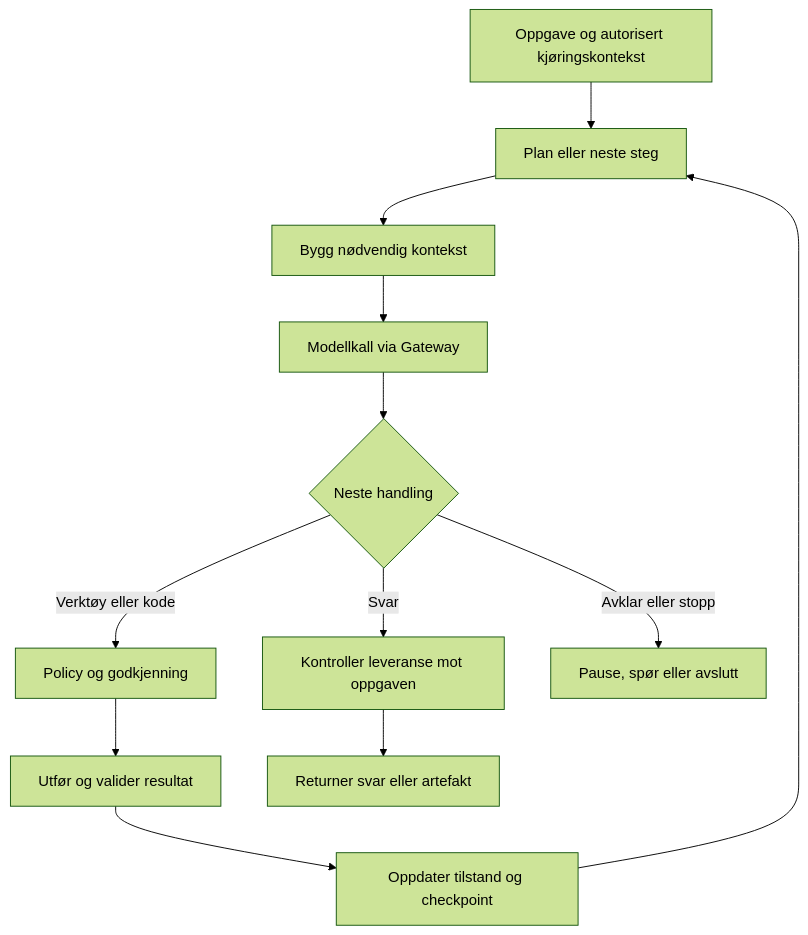
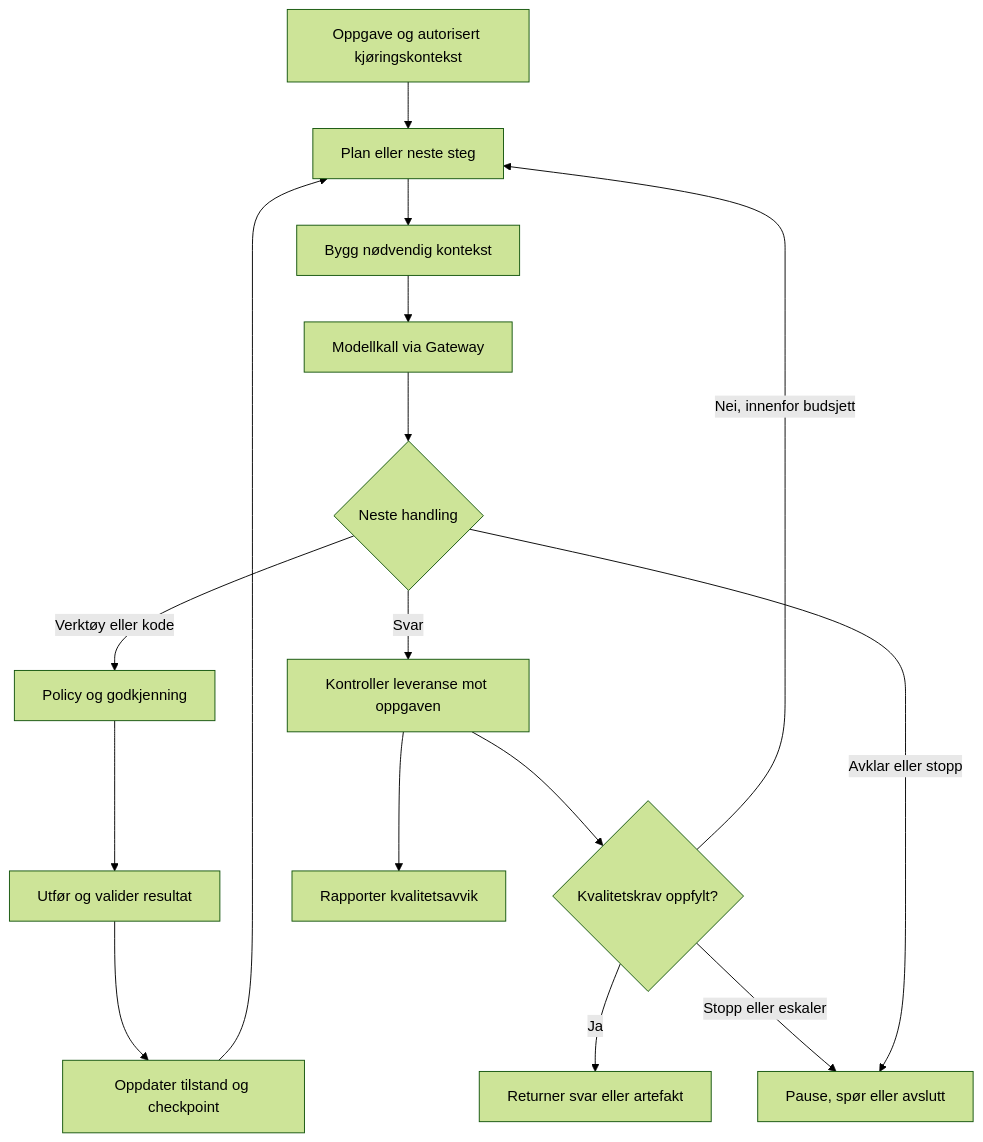
One commit to IvarRosenbergHVL/hvl-ki-documentation changed the second of 3 diagrams in docs/utviklere/agent-harness.mdx. Above: the diagram before and after it, drawn with Mermaid (forest theme). The commit also changed other lines of this file and 4 other files, not shown here.

````diff
--- a/docs/utviklere/agent-harness.mdx
+++ b/docs/utviklere/agent-harness.mdx
@@ -59,14 +59,18 @@
 ```mermaid
 flowchart TD
  A[Oppgave og autorisert kjøringskontekst] --> P[Plan eller neste steg]
  P --> C[Bygg nødvendig kontekst]
  C --> M[Modellkall via Gateway]
  M --> D{Neste handling}
  D -->|Verktøy eller kode| V[Policy og godkjenning]
  V --> T[Utfør og valider resultat]
  T --> S[Oppdater tilstand og checkpoint]
  S --> P
  D -->|Svar| Q[Kontroller leveranse mot oppgaven]
- Q --> F[Returner svar eller artefakt]
+ Q --> E{Kvalitetskrav oppfylt?}
+ E -->|Ja| F[Returner svar eller artefakt]
+ E -->|Nei, innenfor budsjett| P
+ E -->|Stopp eller eskaler| X
+ Q --> L[Rapporter kvalitetsavvik]
  D -->|Avklar eller stopp| X[Pause, spør eller avslutt]
 ```
````
